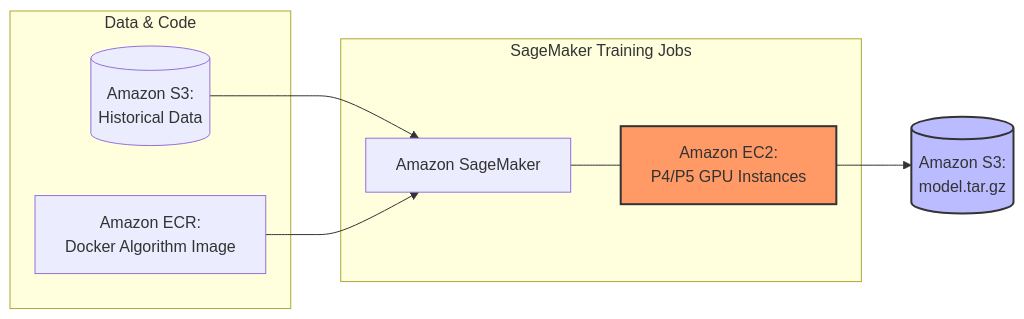
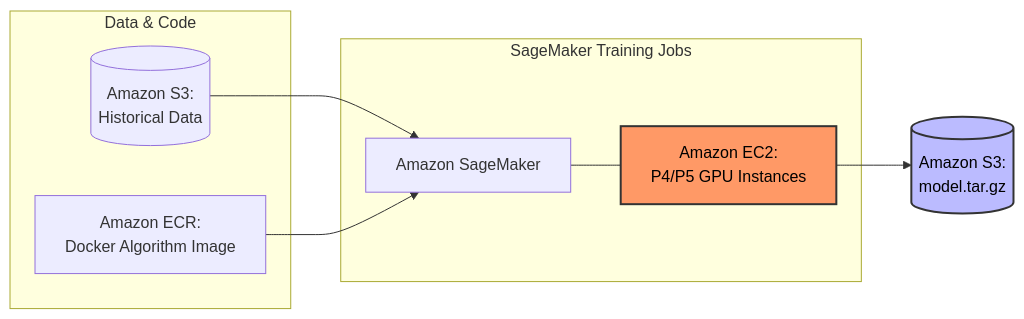
Before and after one commit to WarpSector/AWS-Technical-Enablement: the first of 2 diagrams in AI-Practitioner/Domain-1-Fundamentals-ML-AI/1B-Concepts-Terminology.md, drawn with Mermaid. The commit also changed other lines of this file, not shown here.

Commit message:
Update 1B-Concepts-Terminology.md
Updated flowcharts for readability

````diff
--- a/AI-Practitioner/Domain-1-Fundamentals-ML-AI/1B-Concepts-Terminology.md
+++ b/AI-Practitioner/Domain-1-Fundamentals-ML-AI/1B-Concepts-Terminology.md
@@ -54,20 +54,20 @@
 ```mermaid
 graph LR
     subgraph Data_Storage [Data & Code]
         S3_Hist[(Amazon S3: <br/>Historical Data)] 
         ECR[Amazon ECR: <br/>Docker Algorithm Image]
     end
 
     subgraph SageMaker_Training [SageMaker Training Jobs]
         SM[Amazon SageMaker]
         EC2[Amazon EC2: <br/>P4/P5 GPU Instances]
     end
 
     S3_Hist --> SM
     ECR --> SM
     SM --- EC2
     EC2 --> Model[(Amazon S3: <br/>model.tar.gz)]
     
-    style EC2 fill:#f96,stroke:#333,stroke-width:2px
-    style Model fill:#bbf,stroke:#333,stroke-width:2px
+    style EC2 fill:#f96,stroke:#333,stroke-width:2px, color:#000
+    style Model fill:#bbf,stroke:#333,stroke-width:2px, color:#000
 ```
````
